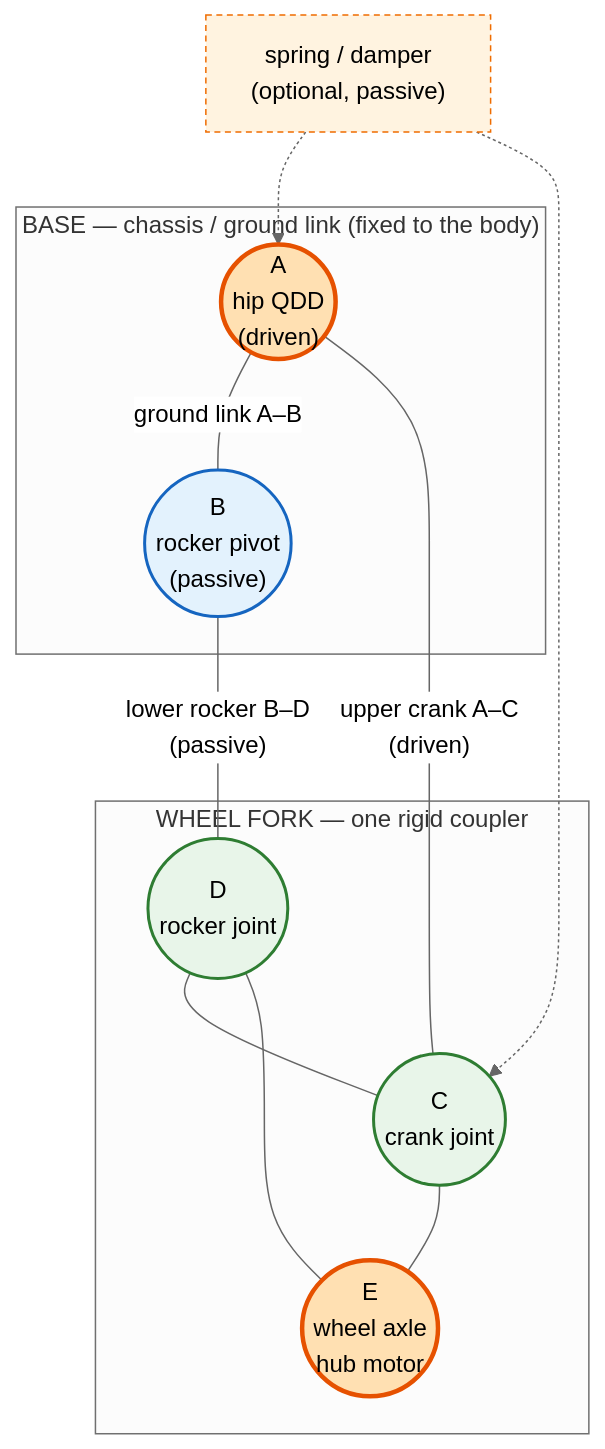
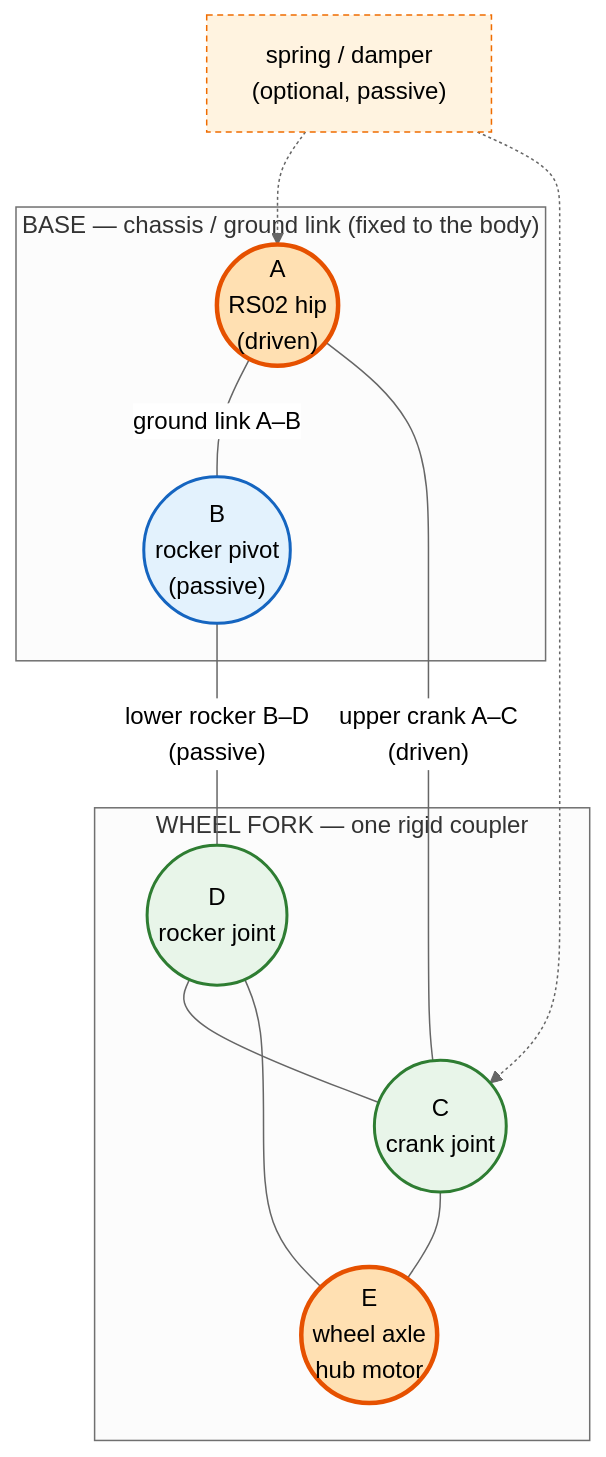
The diagram in docs/architecture.md (fobaty/jbot), drawn with Mermaid (neutral theme) before and after one commit. The commit also changed other lines of this file and 24 other files, not shown here.

````diff
--- a/docs/architecture.md
+++ b/docs/architecture.md
@@ -47,32 +47,32 @@
 ```mermaid
 flowchart TB
     subgraph BASE["BASE — chassis / ground link (fixed to the body)"]
-        A(("A<br/>hip QDD<br/>(driven)"))
+        A(("A<br/>RS02 hip<br/>(driven)"))
         B(("B<br/>rocker pivot<br/>(passive)"))
         A ---|"ground link A–B"| B
     end
 
     subgraph FORK["WHEEL FORK — one rigid coupler"]
         C(("C<br/>crank joint"))
         D(("D<br/>rocker joint"))
         E(("E<br/>wheel axle<br/>hub motor"))
         C --- E
         E --- D
         D --- C
     end
 
     A ---|"upper crank A–C<br/>(driven)"| C
     B ---|"lower rocker B–D<br/>(passive)"| D
 
     S["spring / damper<br/>(optional, passive)"] -.-> A
     S -.-> C
 
     classDef motor fill:#ffe0b2,stroke:#e65100,stroke-width:3px
     classDef base fill:#e3f2fd,stroke:#1565c0,stroke-width:2px
     classDef fork fill:#e8f5e9,stroke:#2e7d32,stroke-width:2px
     classDef spring fill:#fff3e0,stroke:#ef6c00,stroke-dasharray:4 3
     class A,E motor
     class B base
     class C,D fork
     class S spring
 ```
````
